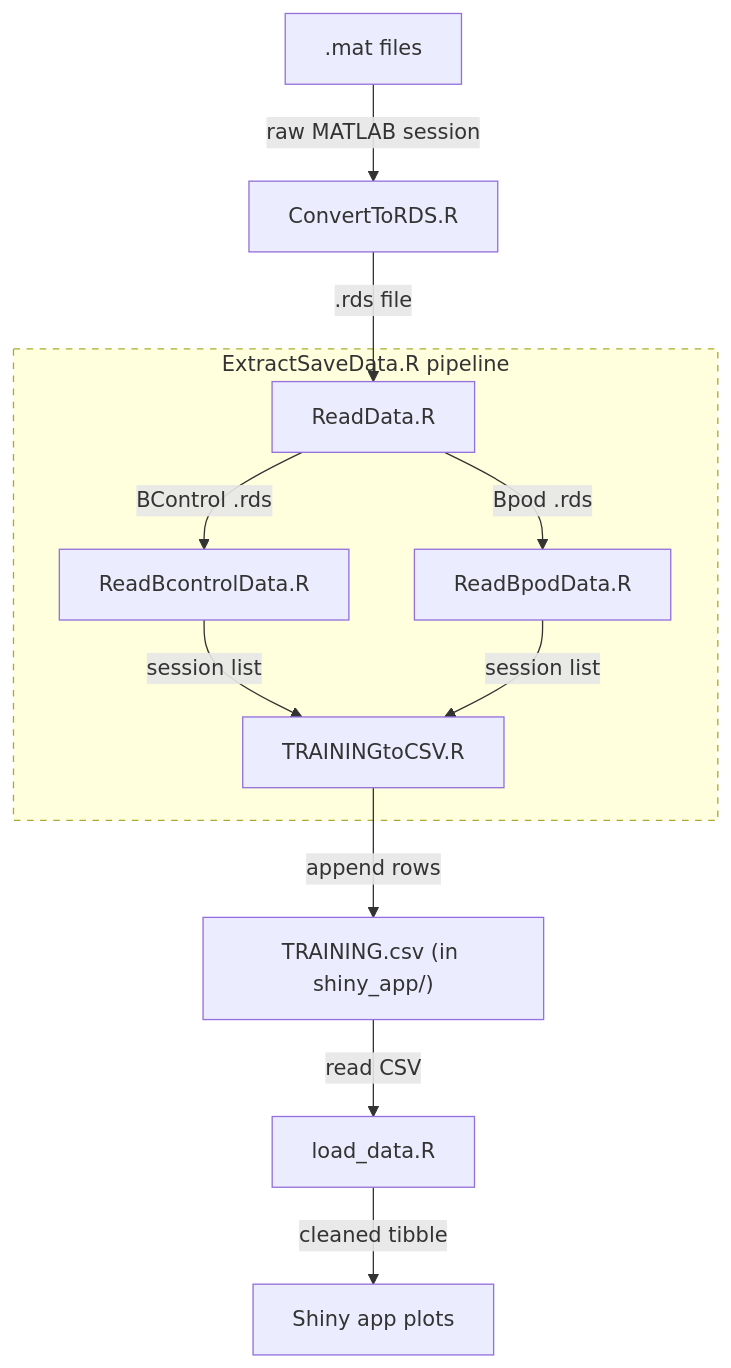
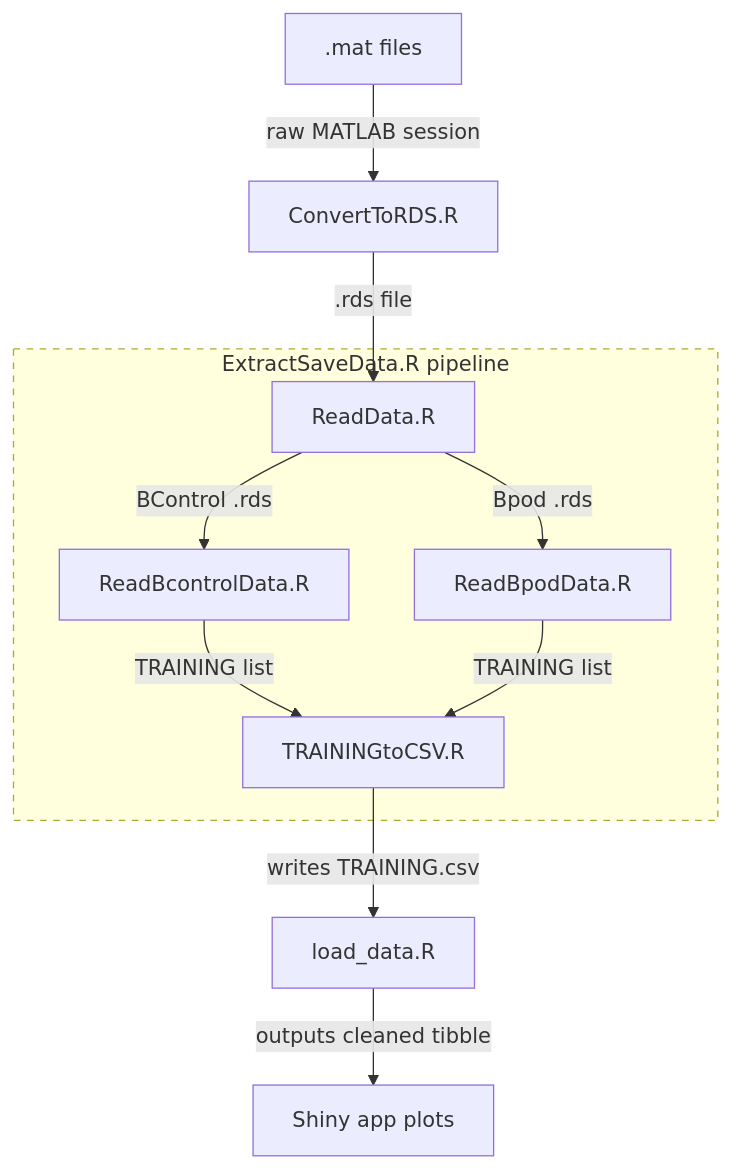
The diagram in docs/architecture.md (LIMLabSWC/shiny-performance-tracking), drawn with Mermaid before and after one commit.

Commit message:
update mermaid graph

````diff
--- a/docs/architecture.md
+++ b/docs/architecture.md
@@ -25,22 +25,21 @@
 ```mermaid
 graph TD
 
-  %% Input
+  %% Raw input
   A[.mat files] -->|raw MATLAB session| B[ConvertToRDS.R]
   B -->|.rds file| C[ReadData.R]
 
-  %% ExtractSaveData.R encapsulated steps
+  %% ExtractSaveData.R encapsulated logic
   subgraph EX [ExtractSaveData.R pipeline]
     style EX stroke-dasharray: 5 5
 
     C -->|BControl .rds| D[ReadBcontrolData.R]
     C -->|Bpod .rds| E[ReadBpodData.R]
-    D -->|session list| F[TRAININGtoCSV.R]
-    E -->|session list| F
+    D -->|TRAINING list| F[TRAININGtoCSV.R]
+    E -->|TRAINING list| F
   end
 
-  F -->|append rows| G["TRAINING.csv (in shiny_app/)"]
-  G -->|read CSV| H[load_data.R]
-  H -->|cleaned tibble| I[Shiny app plots]
+  F -->|writes TRAINING.csv| G[load_data.R]
+  G -->|outputs cleaned tibble| H[Shiny app plots]
 
 ```
````
